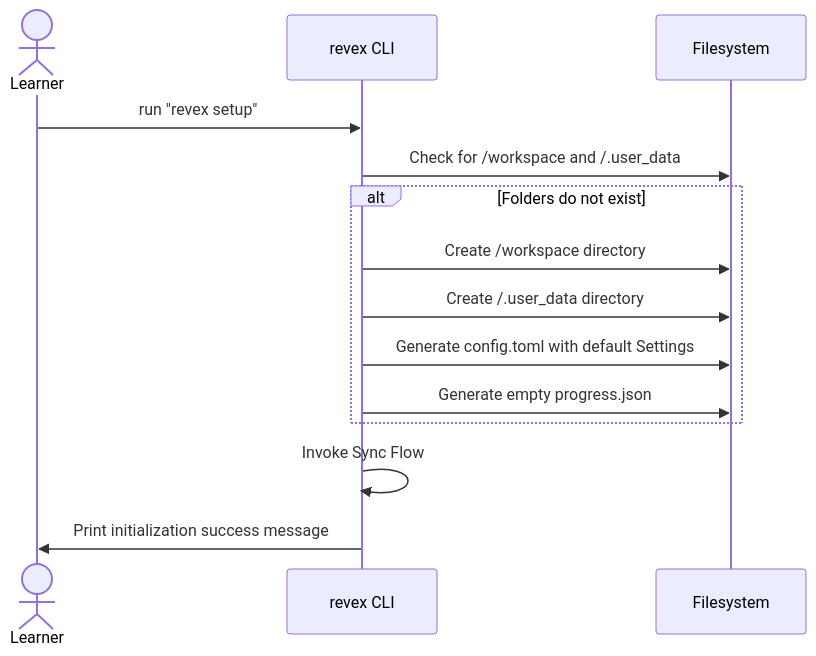
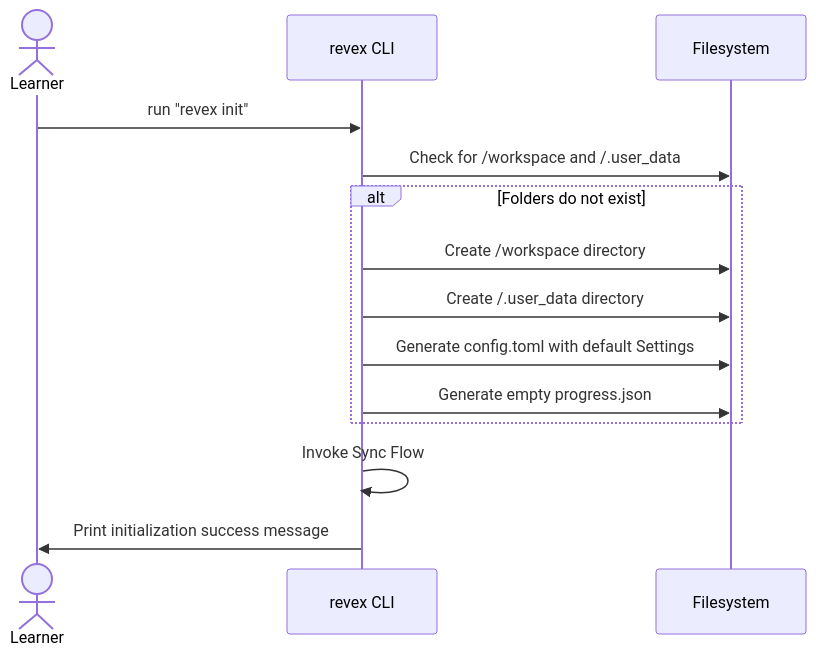
The first of 4 diagrams in src/revex/docs/cli.md (kiskaadee/type-hints), drawn with Mermaid before and after one commit. The commit also changed other lines of this file and 13 other files, not shown here.

````diff
--- a/src/revex/docs/cli.md
+++ b/src/revex/docs/cli.md
@@ -12,17 +12,17 @@
 ```mermaid
 sequenceDiagram
     actor Learner
     participant CLI as revex CLI
     participant FS as Filesystem
     
-    Learner->>CLI: run "revex setup"
+    Learner->>CLI: run "revex init"
     CLI->>FS: Check for /workspace and /.user_data
     alt Folders do not exist
         CLI->>FS: Create /workspace directory
         CLI->>FS: Create /.user_data directory
         CLI->>FS: Generate config.toml with default Settings
         CLI->>FS: Generate empty progress.json
     end
     CLI->>CLI: Invoke Sync Flow
     CLI->>Learner: Print initialization success message
 ```
````
